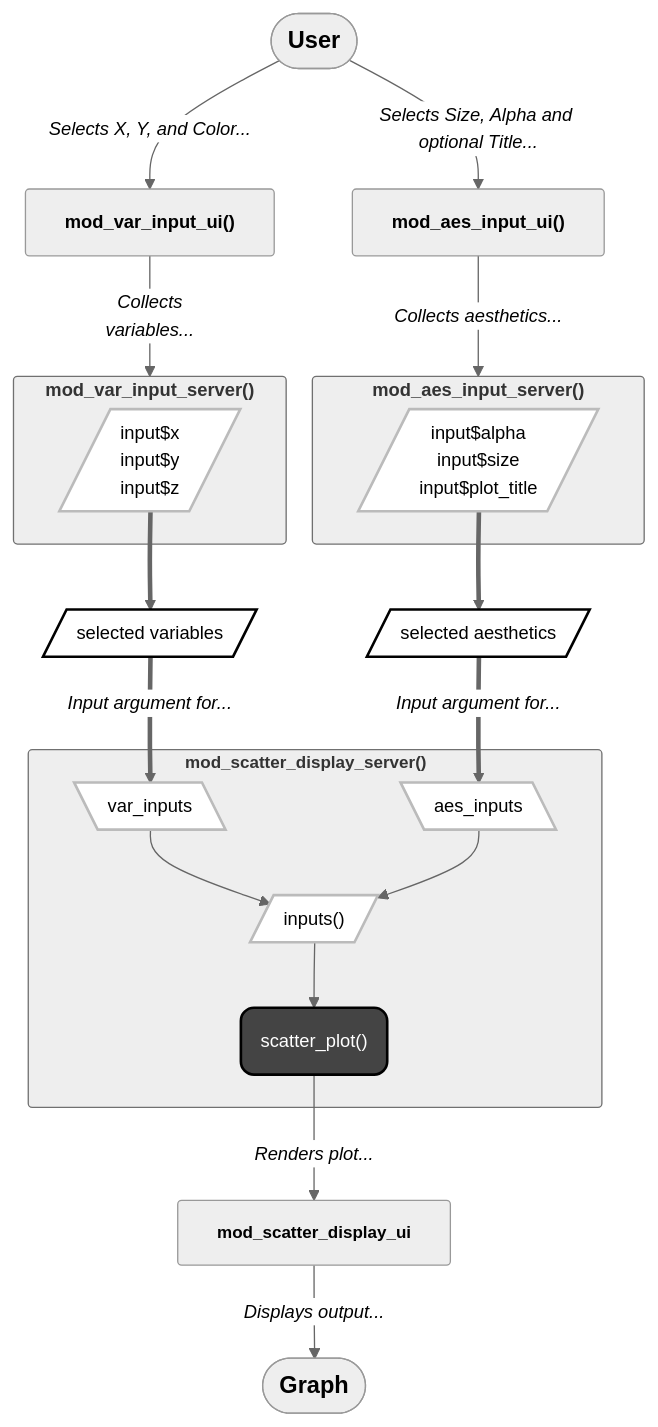
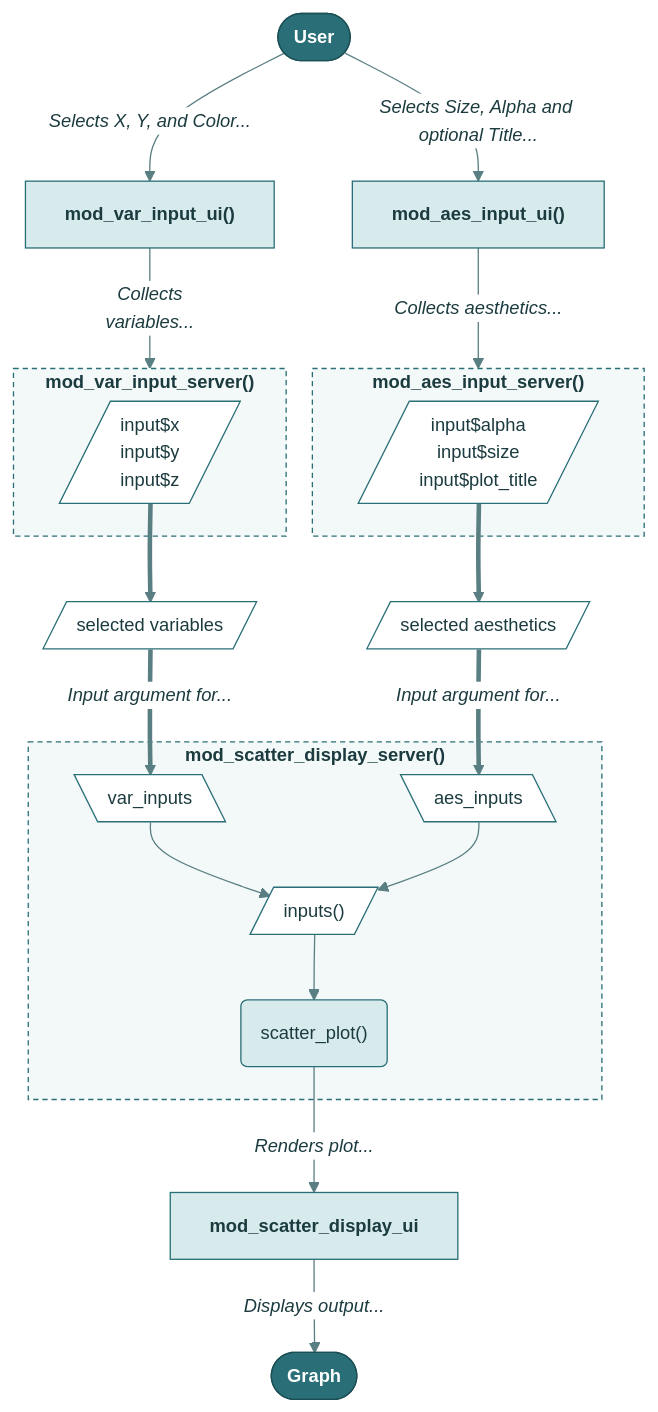
Before and after one commit to mjfrigaard/shiny-app-pkgs: the second of 2 diagrams in debug_apps.qmd, drawn with Mermaid. The commit also changed other lines of this file and 22 other files, not shown here.

First line of the commit message:
Standardize mermaid diagrams on the site teal palette

````diff
--- a/debug_apps.qmd
+++ b/debug_apps.qmd
@@ -403,62 +406,50 @@
 ```{mermaid}
 %%| fig-align: center
 %%| fig-cap: 'Variable and aesthetic input modules'
-%%{init: {'theme': 'neutral', 'themeVariables': { 'fontFamily': 'monospace', "fontSize":"14px"}}}%%
+%%{init: {'theme': 'base', 'themeVariables': { 'fontFamily': 'monospace', "fontSize":"14px", "primaryColor":"#D7EBEC", "primaryTextColor":"#1B3B3F", "primaryBorderColor":"#2A6F77", "lineColor":"#5A7F83", "edgeLabelBackground":"#FFFFFF", "clusterBkg":"#F3F8F8", "clusterBorder":"#2A6F77", "darkMode":false}}}%%
 flowchart TD
     User(["<strong>User</strong>"])
     mod_var_input_ui["<strong>mod_var_input_ui()</strong>"]
     mod_aes_input_ui["<strong>mod_aes_input_ui()</strong>"]
     mod_scatter_display_ui["<strong>mod_scatter_display_ui</strong>"] 
     
     subgraph mod_scatter_display_server["<strong>mod_scatter_display_server()</strong>"]
         var_inputs[\"var_inputs"\]
         aes_inputs[\"aes_inputs"\]
         inputs[/"inputs()"/]
         scatter_plot("scatter_plot()")
     end
     
     subgraph mod_var_input_server["<strong>mod_var_input_server()</strong>"]
         VarReactives[/"input$x<br>input$y<br>input$z"/]
     end
     subgraph mod_aes_input_server["<strong>mod_aes_input_server()</strong>"]
         AesReactives[/"input$alpha<br>input$size<br>input$plot_title"/]
     end
 
     selected_vars[/"selected variables"/]
     selected_aes[/"selected aesthetics"/]
     
     User --> |"<em>Selects X, Y, and Color...</em>"|mod_var_input_ui
     User --> |"<em>Selects Size, Alpha and optional Title...</em>"|mod_aes_input_ui
     mod_var_input_ui --> |"<em>Collects<br>variables...</em>"|mod_var_input_server
     mod_aes_input_ui --> |"<em>Collects aesthetics...</em>"|mod_aes_input_server
     VarReactives ==> selected_vars
     AesReactives ==> selected_aes
     selected_vars ==>|"<em>Input argument for...</em>"|var_inputs
     selected_aes ==>|"<em>Input argument for...</em>"|aes_inputs
     var_inputs & aes_inputs --> inputs --> scatter_plot
     scatter_plot -->|"<em>Renders plot...</em>"|mod_scatter_display_ui
     mod_scatter_display_ui -->|"<em>Displays output...</em>"|Display(["<strong>Graph</strong>"])
-    
-    style User font-size:18px
-    style Display font-size:18px
 
-    style mod_scatter_display_ui fill:#eee,font-size:13px,stroke-width:1px,rx:3,ry:3
-    style mod_scatter_display_server fill:#eee,font-size:13px,stroke-width:1px,rx:3,ry:3
-    style mod_var_input_server fill:#eee,font-size:14px,stroke-width:1px,rx:3,ry:3
-    style mod_var_input_ui fill:#eee,font-size:14px,stroke-width:1px,rx:3,ry:3
-    style mod_aes_input_server fill:#eee,font-size:14px,stroke-width:1px,rx:3,ry:3
-    style mod_aes_input_ui fill:#eee,font-size:14px,stroke-width:1px,rx:3,ry:3
-    
-    style AesReactives fill:#fff,stroke:#bbb,stroke-width:2px
-    style VarReactives fill:#fff,stroke:#bbb,stroke-width:2px
-    style selected_vars fill:#fff,stroke:#000,stroke-width:2px
-    style selected_aes fill:#fff,stroke:#000,stroke-width:2px
-    style var_inputs fill:#fff,stroke:#bbb,stroke-width:2px
-    style aes_inputs fill:#fff,stroke:#bbb,stroke-width:2px
-    style inputs fill:#fff,stroke:#bbb,stroke-width:2px
-
-    style scatter_plot fill:#444,color:#FFF,stroke:#000,stroke-width:2px,rx:10,ry:10
-    
-    style VarReactives font-size: 14px
-    style AesReactives font-size: 14px
+    classDef term fill:#2A6F77,color:#FFFFFF,stroke:#1B4F55,stroke-width:1px
+    classDef step fill:#D7EBEC,color:#1B3B3F,stroke:#2A6F77,stroke-width:1px
+    classDef decision fill:#F4C26B,color:#3D2A00,stroke:#B7832B,stroke-width:1px
+    classDef io fill:#FFFFFF,color:#1B3B3F,stroke:#2A6F77,stroke-width:1px
+    class User,Display term
+    class mod_var_input_ui,mod_aes_input_ui,mod_scatter_display_ui,scatter_plot step
+    class var_inputs,aes_inputs,inputs,VarReactives,AesReactives,selected_vars,selected_aes io
+    style mod_scatter_display_server fill:#F3F8F8,color:#1B3B3F,stroke:#2A6F77,stroke-width:1px,stroke-dasharray:4 3
+    style mod_var_input_server fill:#F3F8F8,color:#1B3B3F,stroke:#2A6F77,stroke-width:1px,stroke-dasharray:4 3
+    style mod_aes_input_server fill:#F3F8F8,color:#1B3B3F,stroke:#2A6F77,stroke-width:1px,stroke-dasharray:4 3
 ```
````
